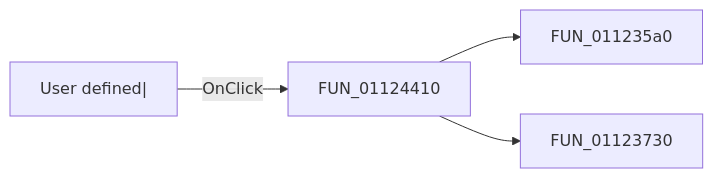
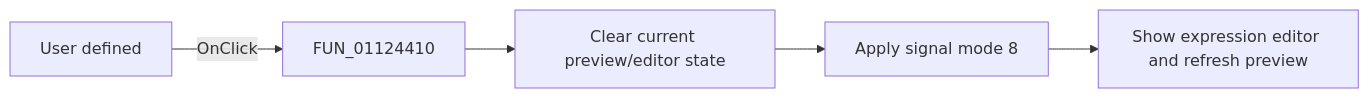
The diagram in docs/ui-controls/signaleditordlg/sbtnuserdefined-f6ae4f9918.md (MovGP0/TIARA), drawn with Mermaid before and after one commit. The commit also changed other lines of this file and 1062 other files, not shown here.

````diff
--- a/docs/ui-controls/signaleditordlg/sbtnuserdefined-f6ae4f9918.md
+++ b/docs/ui-controls/signaleditordlg/sbtnuserdefined-f6ae4f9918.md
@@ -27,6 +33,7 @@
 ```mermaid
 flowchart LR
-    control["User defined|"] -->|OnClick| handler["FUN_01124410"]
-    handler --> call1["FUN_011235a0"]
-    handler --> call2["FUN_01123730"]
+    control["User defined"] -->|"OnClick"| handler["FUN_01124410"]
+    handler --> clear["Clear current preview/editor state"]
+    clear --> select["Apply signal mode 8"]
+    select --> editor["Show expression editor and refresh preview"]
 ```
````
